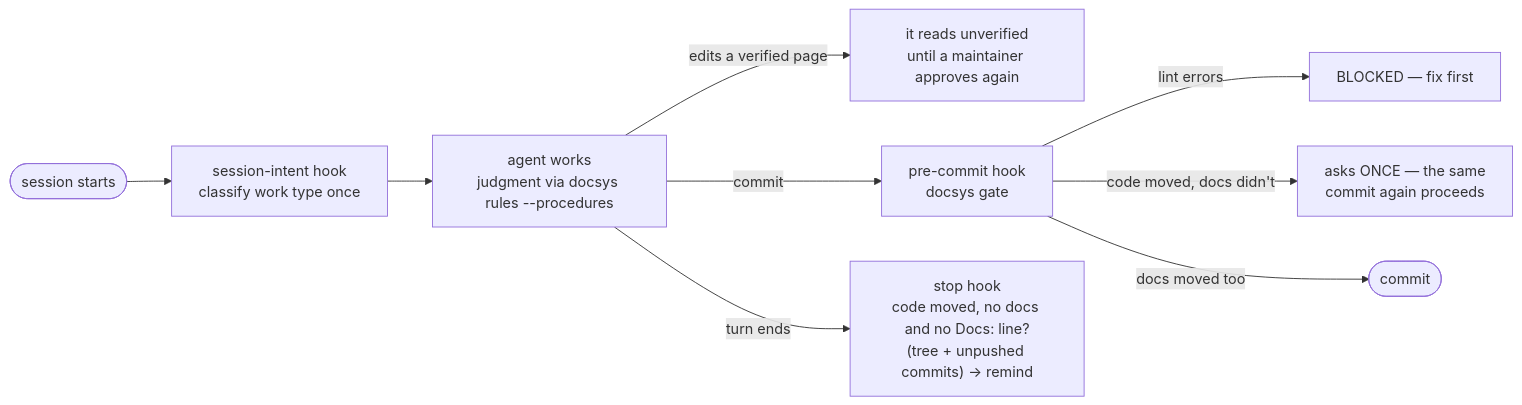
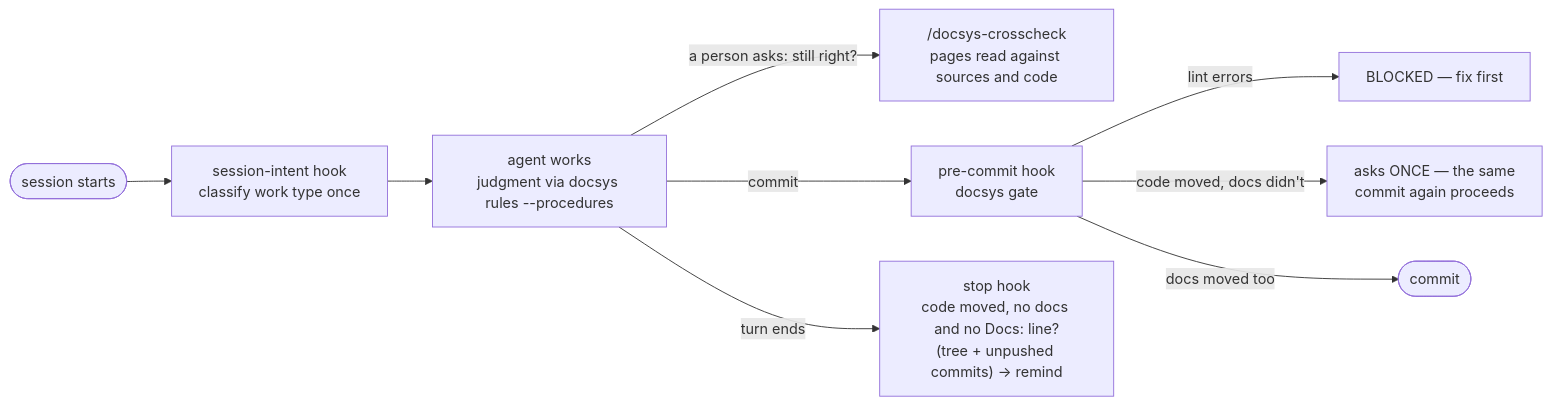
Before and after one commit to FatihErtugral/docsys: the fourth of 7 diagrams in README.md, drawn with Mermaid. The commit also changed other lines of this file and 117 other files, not shown here.

````diff
--- a/README.md
+++ b/README.md
@@ -132,11 +133,11 @@
 ```mermaid
 flowchart LR
     S([session starts]) --> SI["session-intent hook<br/>classify work type once"]
     SI --> WORK["agent works<br/>judgment via docsys rules --procedures"]
-    WORK -- "edits a verified page" --> PU["it reads unverified<br/>until a maintainer approves again"]
+    WORK -- "a person asks: still right?" --> CC["/docsys-crosscheck<br/>pages read against sources and code"]
     WORK -- "commit" --> PC["pre-commit hook<br/>docsys gate"]
     WORK -- "turn ends" --> ST["stop hook<br/>code moved, no docs and no Docs: line?<br/>(tree + unpushed commits) → remind"]
     PC -- "lint errors" --> BLOCK[BLOCKED — fix first]
     PC -- "code moved, docs didn't" --> ASK["asks ONCE — the same<br/>commit again proceeds"]
     PC -- "docs moved too" --> DONE([commit])
 ```
````
